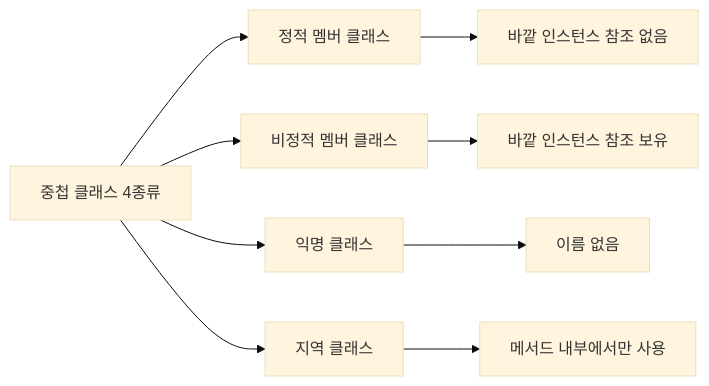
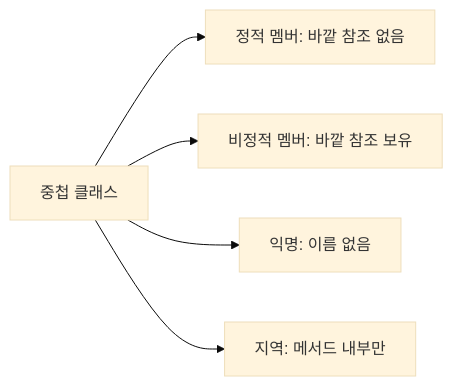
The first of 3 diagrams in _posts/java/2022-01-04-effective-java24.md (yjkim2015/yjkim2015.github.io), drawn with Mermaid (base theme) before and after one commit. The commit also changed 163 other files, not shown here.

First line of the commit message:
Mermaid 300개 블록 내용 축소: 5노드 5엣지 이하, 의미 있는 약어

````diff
--- a/_posts/java/2022-01-04-effective-java24.md
+++ b/_posts/java/2022-01-04-effective-java24.md
@@ -18,11 +18,7 @@
 ```mermaid
 graph LR
-    A["중첩 클래스 4종류"] --> B["정적 멤버 클래스"]
-    A --> C["비정적 멤버 클래스"]
-    A --> D["익명 클래스"]
-    A --> E["지역 클래스"]
-    B --> B1["바깥 인스턴스 참조 없음"]
-    C --> C1["바깥 인스턴스 참조 보유"]
-    D --> D1["이름 없음"]
-    E --> E1["메서드 내부에서만 사용"]
+    A["중첩 클래스"] --> B["정적 멤버: 바깥 참조 없음"]
+    A --> C["비정적 멤버: 바깥 참조 보유"]
+    A --> D["익명: 이름 없음"]
+    A --> E["지역: 메서드 내부만"]
 ```
````
